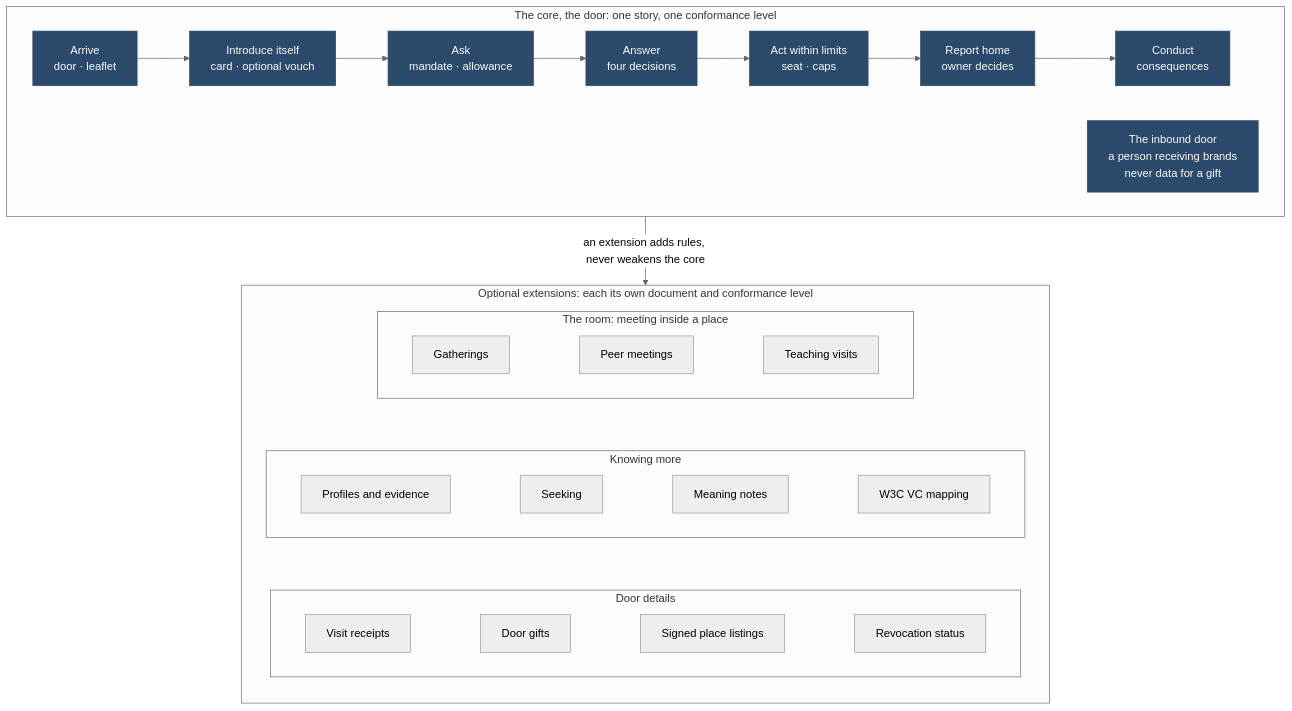
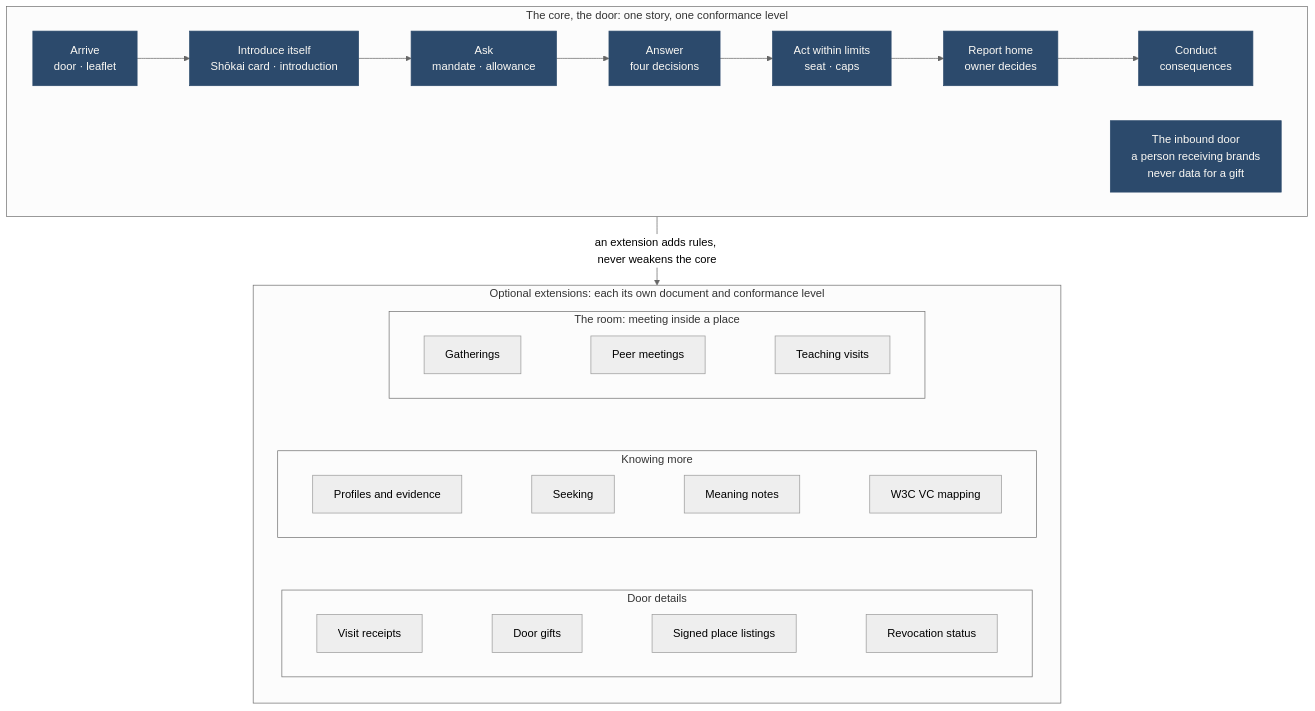
The diagram in docs/diagrams/src/core-extensions.mmd (Kigenka/shokai), drawn with Mermaid (neutral theme) before and after one commit. The commit also changed 618 other files, not shown here.

```diff
--- a/docs/diagrams/src/core-extensions.mmd
+++ b/docs/diagrams/src/core-extensions.mmd
@@ -1,25 +1,25 @@
 flowchart TB
   subgraph CORE["The core, the door: one story, one conformance level"]
     direction LR
-    a1["Arrive<br/>door · leaflet"] --> a2["Introduce itself<br/>card · optional vouch"] --> a3["Ask<br/>mandate · allowance"] --> a4["Answer<br/>four decisions"] --> a5["Act within limits<br/>seat · caps"] --> a6["Report home<br/>owner decides"] --> a7["Conduct<br/>consequences"]
+    a1["Arrive<br/>door · leaflet"] --> a2["Introduce itself<br/>Shōkai card · introduction"] --> a3["Ask<br/>mandate · allowance"] --> a4["Answer<br/>four decisions"] --> a5["Act within limits<br/>seat · caps"] --> a6["Report home<br/>owner decides"] --> a7["Conduct<br/>consequences"]
     a8["The inbound door<br/>a person receiving brands<br/>never data for a gift"]
   end
   subgraph EXT["Optional extensions: each its own document and conformance level"]
     direction TB
     subgraph X1["The room: meeting inside a place"]
       direction LR
       e1["Gatherings"] ~~~ e2["Peer meetings"] ~~~ e3["Teaching visits"]
     end
     subgraph X2["Knowing more"]
       direction LR
       e4["Profiles and evidence"] ~~~ e5["Seeking"] ~~~ e10["Meaning notes"] ~~~ e11["W3C VC mapping"]
     end
     subgraph X3["Door details"]
       direction LR
       e6["Visit receipts"] ~~~ e7["Door gifts"] ~~~ e8["Signed place listings"] ~~~ e9["Revocation status"]
     end
     X1 ~~~ X2 ~~~ X3
   end
   CORE -- "an extension adds rules, never weakens the core" --> EXT
   classDef core fill:#2c4a6c,stroke:#2c4a6c,color:#fbf9f4
   class a1,a2,a3,a4,a5,a6,a7,a8 core
```
